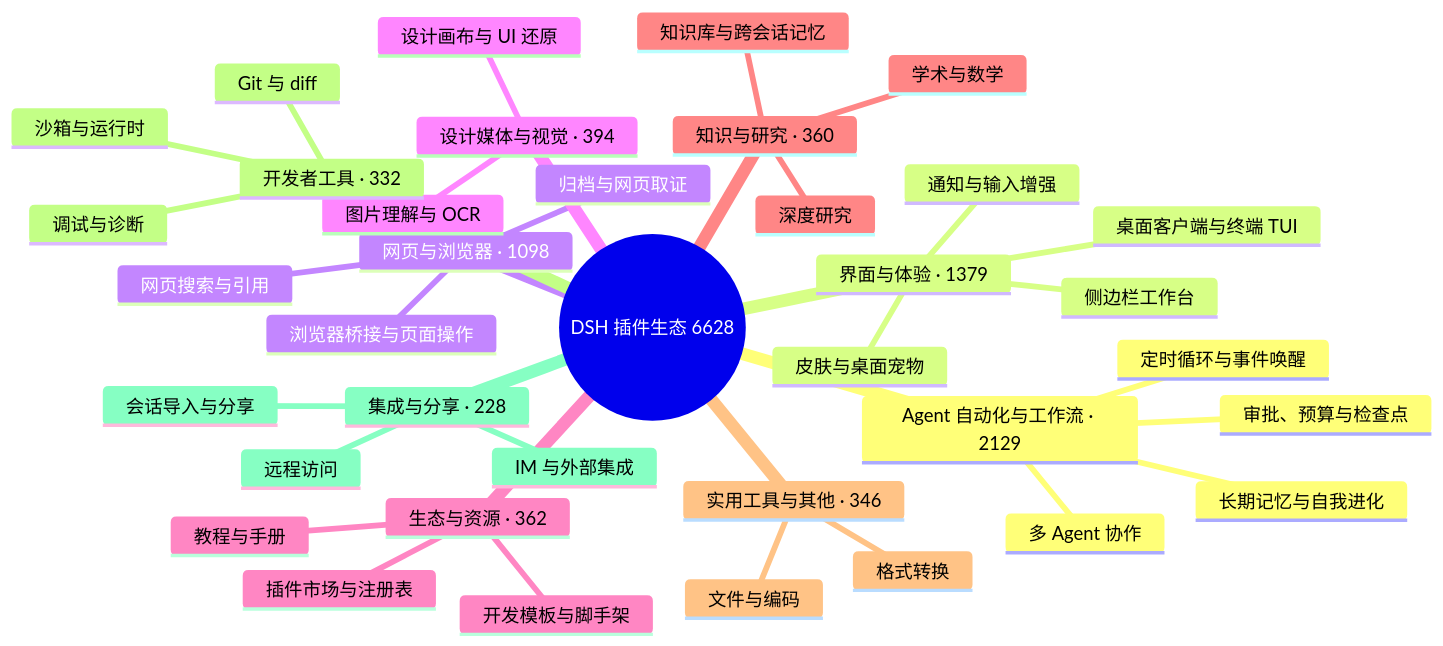
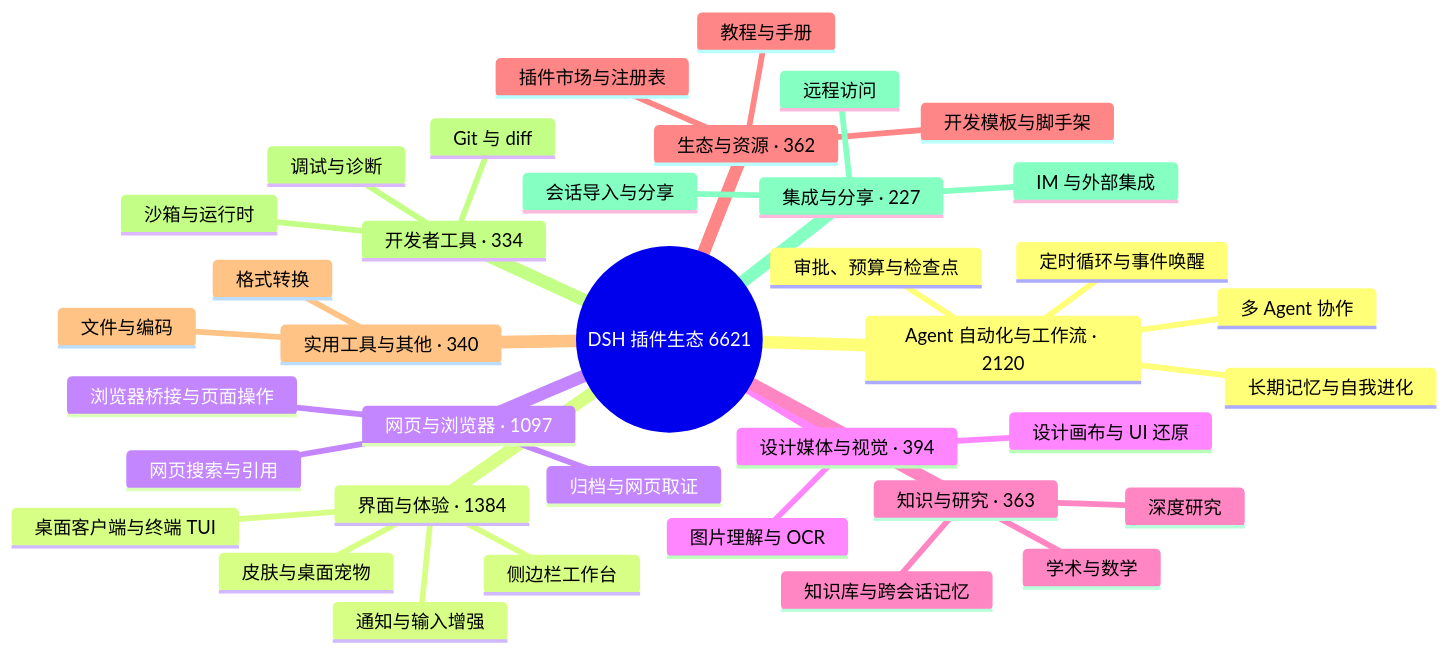
One commit to bruc3van/awesome-dsh-plugin changed the diagram in README.md. Above: the diagram before and after it, drawn with Mermaid. The commit also changed other lines of this file and 13 other files, not shown here.

````diff
--- a/README.md
+++ b/README.md
@@ -33,40 +33,40 @@
 ```mermaid
 mindmap
-  root((DSH 插件生态 6628))
-    Agent 自动化与工作流 · 2129
+  root((DSH 插件生态 6621))
+    Agent 自动化与工作流 · 2120
       定时循环与事件唤醒
       多 Agent 协作
       长期记忆与自我进化
       审批、预算与检查点
-    界面与体验 · 1379
+    界面与体验 · 1384
       桌面客户端与终端 TUI
       侧边栏工作台
       皮肤与桌面宠物
       通知与输入增强
-    网页与浏览器 · 1098
+    网页与浏览器 · 1097
       浏览器桥接与页面操作
       网页搜索与引用
       归档与网页取证
     设计媒体与视觉 · 394
       图片理解与 OCR
       设计画布与 UI 还原
+    知识与研究 · 363
+      知识库与跨会话记忆
+      深度研究
+      学术与数学
     生态与资源 · 362
       插件市场与注册表
       开发模板与脚手架
       教程与手册
-    知识与研究 · 360
-      知识库与跨会话记忆
-      深度研究
-      学术与数学
-    实用工具与其他 · 346
+    实用工具与其他 · 340
       文件与编码
       格式转换
-    开发者工具 · 332
+    开发者工具 · 334
       Git 与 diff
       沙箱与运行时
       调试与诊断
-    集成与分享 · 228
+    集成与分享 · 227
       会话导入与分享
       远程访问
       IM 与外部集成
 ```
````
